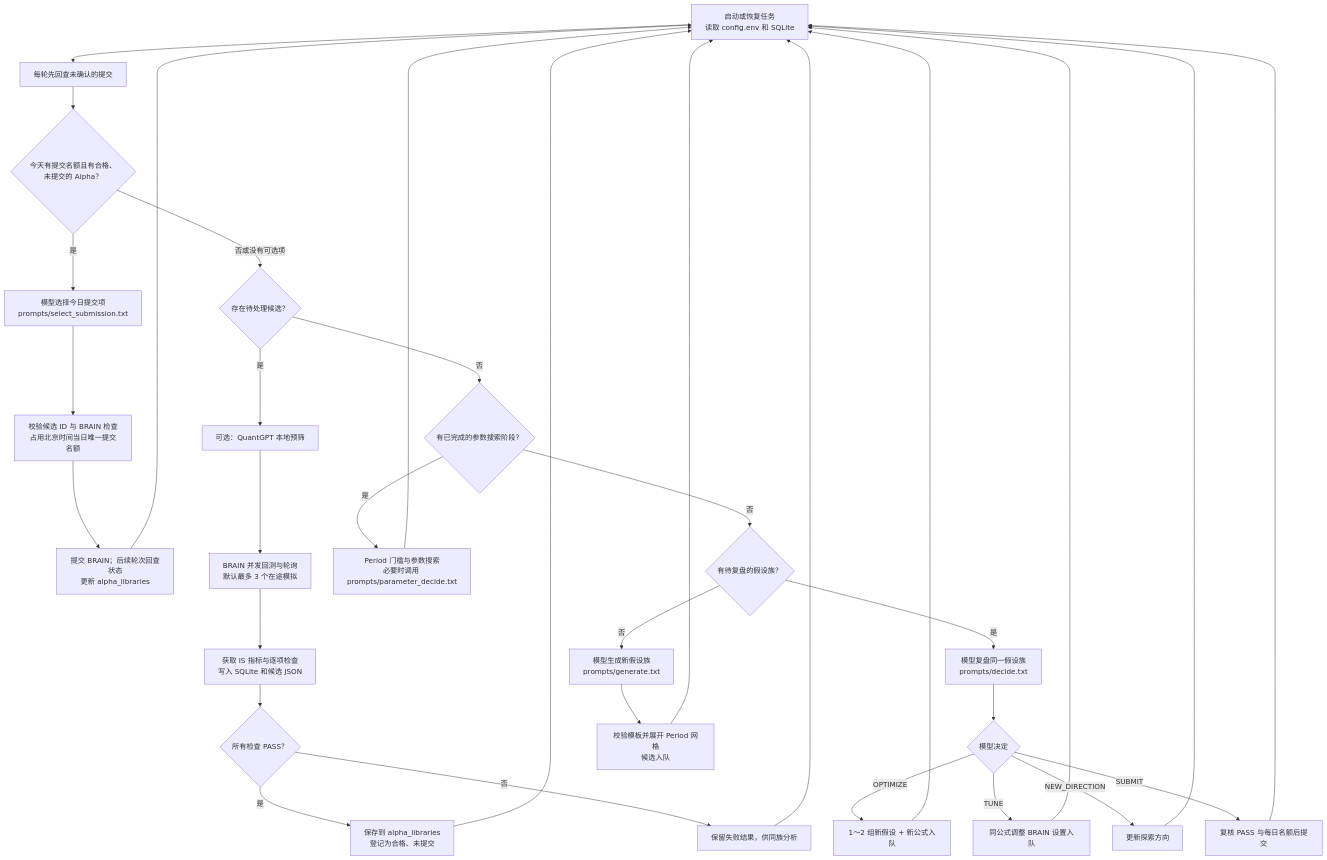
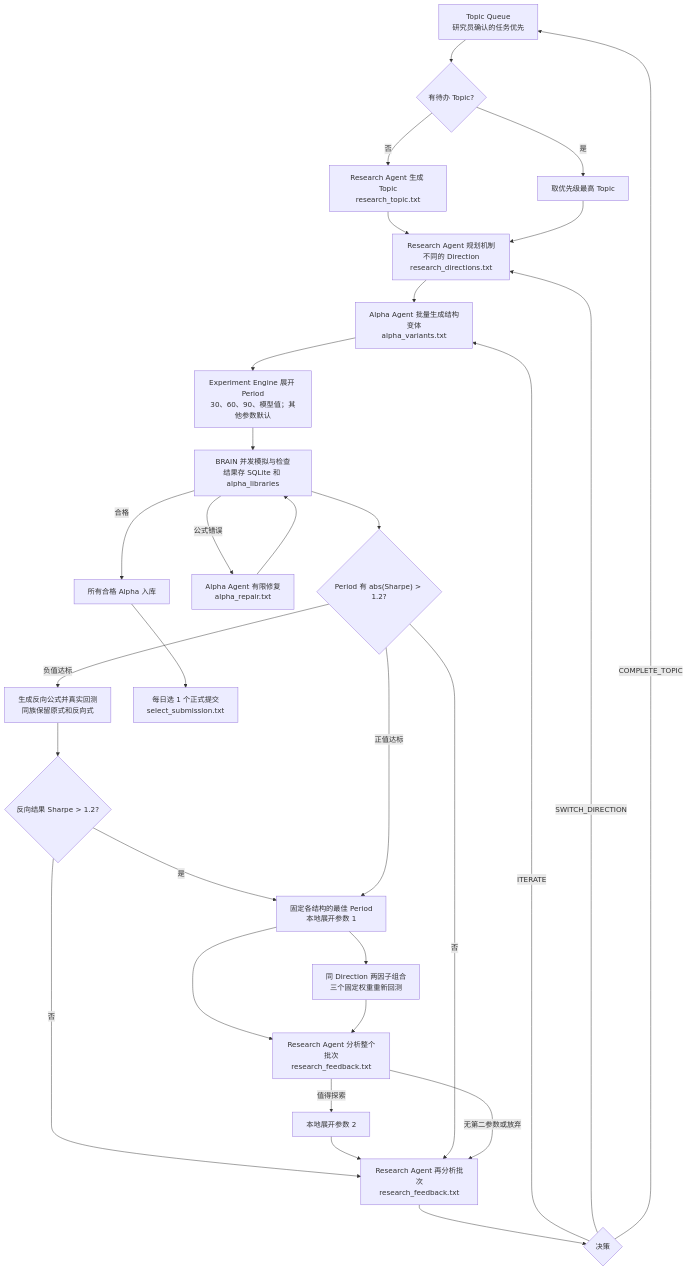
The diagram in research_workflow/WORKFLOW.md (XiongChao77/Alpha-workflow), drawn with Mermaid before and after one commit. The commit also changed other lines of this file and 20 other files, not shown here.

````diff
--- a/research_workflow/WORKFLOW.md
+++ b/research_workflow/WORKFLOW.md
@@ -7,35 +5,32 @@
 ```mermaid
 flowchart TD
-    A["启动或恢复任务<br/>读取 config.env 和 SQLite"] --> B["每轮先回查未确认的提交"]
-    B --> C{"今天有提交名额且有合格、未提交的 Alpha？"}
-    C -- 是 --> S["模型选择今日提交项<br/>prompts/select_submission.txt"]
-    S --> V["校验候选 ID 与 BRAIN 检查<br/>占用北京时间当日唯一提交名额"]
-    V --> P["提交 BRAIN；后续轮次回查状态<br/>更新 alpha_libraries"]
-    C -- 否或没有可选项 --> D{"存在待处理候选？"}
-    P --> A
-    D -- 是 --> E["可选：QuantGPT 本地预筛"]
-    E --> F["BRAIN 并发回测与轮询<br/>默认最多 3 个在途模拟"]
-    F --> G["获取 IS 指标与逐项检查<br/>写入 SQLite 和候选 JSON"]
-    G --> H{"所有检查 PASS？"}
-    H -- 是 --> I["保存到 alpha_libraries<br/>登记为合格、未提交"]
-    H -- 否 --> J["保留失败结果，供同族分析"]
-    I --> A
-    J --> A
-    D -- 否 --> K{"有已完成的参数搜索阶段？"}
-    K -- 是 --> L["Period 门槛与参数搜索<br/>必要时调用 prompts/parameter_decide.txt"]
-    L --> A
-    K -- 否 --> M{"有待复盘的假设族？"}
-    M -- 是 --> N["模型复盘同一假设族<br/>prompts/decide.txt"]
-    N --> O{"模型决定"}
-    O -- OPTIMIZE --> Q["1～2 组新假设 + 新公式入队"]
-    O -- TUNE --> R["同公式调整 BRAIN 设置入队"]
-    O -- NEW_DIRECTION --> T["更新探索方向"]
-    O -- SUBMIT --> U["复核 PASS 与每日名额后提交"]
-    Q --> A
-    R --> A
-    T --> A
-    U --> A
-    M -- 否 --> W["模型生成新假设族<br/>prompts/generate.txt"]
-    W --> X["校验模板并展开 Period 网格<br/>候选入队"]
-    X --> A
+    A["Topic Queue<br/>研究员确认的任务优先"] --> B{"有待办 Topic?"}
+    B -- 否 --> C["Research Agent 生成 Topic<br/>research_topic.txt"]
+    B -- 是 --> D["取优先级最高 Topic"]
+    C --> E["Research Agent 规划机制不同的 Direction<br/>research_directions.txt"]
+    D --> E
+    E --> F["Alpha Agent 批量生成结构变体<br/>alpha_variants.txt"]
+    F --> G["Experiment Engine 展开 Period<br/>30、60、90、模型值；其他参数默认"]
+    G --> H["BRAIN 并发模拟与检查<br/>结果存 SQLite 和 alpha_libraries"]
+    H --> I{"Period 有 abs(Sharpe) > 1.2?"}
+    I -- 负值达标 --> V["生成反向公式并真实回测<br/>同族保留原式和反向式"]
+    V --> W{"反向结果 Sharpe > 1.2?"}
+    W -- 是 --> J
+    W -- 否 --> M
+    I -- 正值达标 --> J["固定各结构的最佳 Period<br/>本地展开参数 1"]
+    J --> K["Research Agent 分析整个批次<br/>research_feedback.txt"]
+    J --> Z["同 Direction 两因子组合<br/>三个固定权重重新回测"]
+    Z --> K
+    K -- 值得探索 --> L["本地展开参数 2"]
+    L --> M["Research Agent 再分析批次<br/>research_feedback.txt"]
+    I -- 否 --> M
+    K -- 无第二参数或放弃 --> M
+    M --> N{"决策"}
+    N -- ITERATE --> F
+    N -- SWITCH_DIRECTION --> E
+    N -- COMPLETE_TOPIC --> A
+    H -- 公式错误 --> R["Alpha Agent 有限修复<br/>alpha_repair.txt"]
+    R --> H
+    H -- 合格 --> S["所有合格 Alpha 入库"]
+    S --> T["每日选 1 个正式提交<br/>select_submission.txt"]
 ```
````
